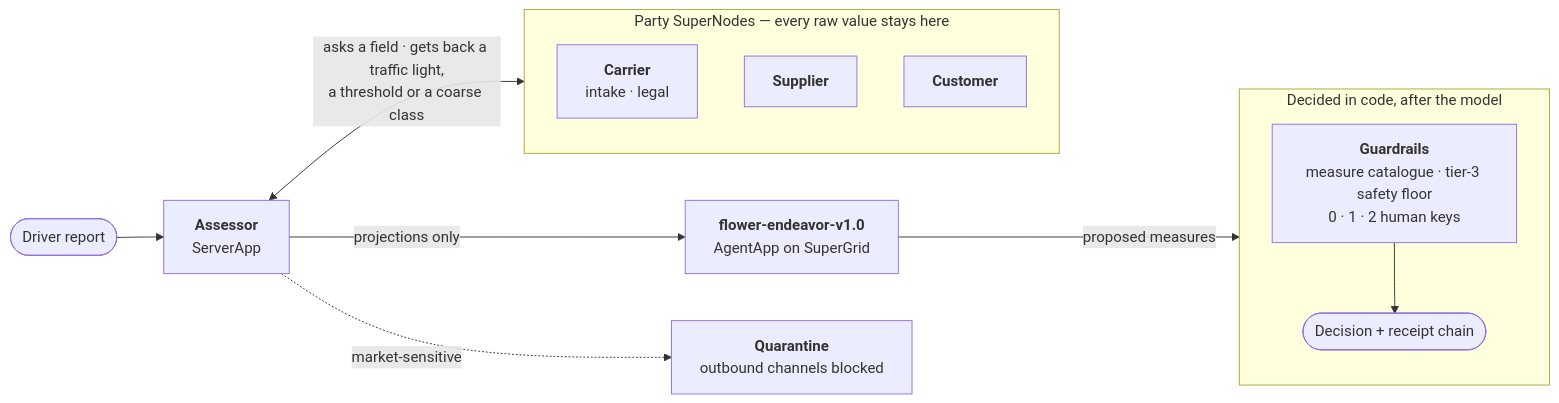
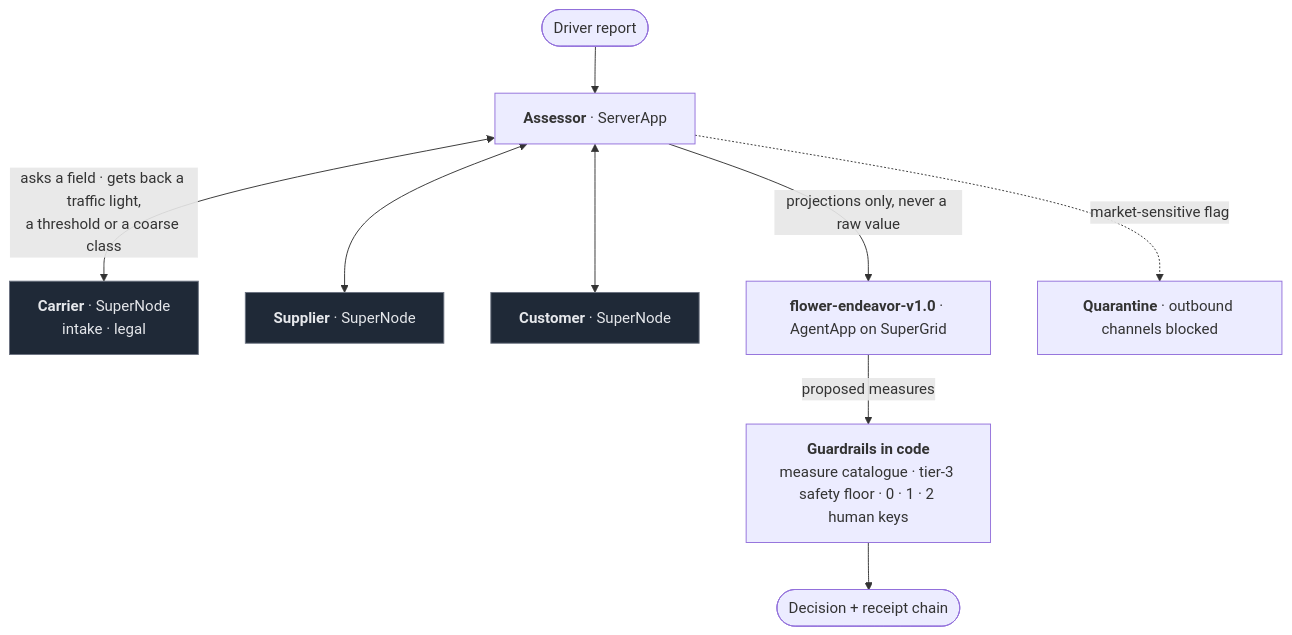
One commit to Backooo/Soteria changed the diagram in README.md. Above: the diagram before and after it, drawn with Mermaid. The commit also changed other lines of this file, not shown here.

Commit message:
docs: top-down diagram, parties on one rank, nothing hidden by the viewer controls

````diff
--- a/README.md
+++ b/README.md
@@ -51,25 +51,20 @@
 ```mermaid
-flowchart LR
-    R([Driver report]) --> A["<b>Assessor</b><br/>ServerApp"]
+flowchart TB
+    R([Driver report]) --> A["<b>Assessor</b> · ServerApp"]
 
-    A <-- "asks a field · gets back a traffic light,<br/>a threshold or a coarse class" --> P
+    A <-- "asks a field · gets back a traffic light,<br/>a threshold or a coarse class" --> C
+    A <--> S
+    A <--> K
 
-    subgraph P["Party SuperNodes — every raw value stays here"]
-        direction TB
-        C["<b>Carrier</b><br/>intake · legal"]
-        S["<b>Supplier</b>"]
-        K["<b>Customer</b>"]
-    end
+    C["<b>Carrier</b> · SuperNode<br/>intake · legal"]
+    S["<b>Supplier</b> · SuperNode"]
+    K["<b>Customer</b> · SuperNode"]
 
-    A -- "projections only" --> M["<b>flower-endeavor-v1.0</b><br/>AgentApp on SuperGrid"]
-    A -. "market-sensitive" .-> Q["<b>Quarantine</b><br/>outbound channels blocked"]
+    A -- "projections only, never a raw value" --> M["<b>flower-endeavor-v1.0</b> · AgentApp on SuperGrid"]
+    M -- "proposed measures" --> G["<b>Guardrails in code</b><br/>measure catalogue · tier-3 safety floor · 0 · 1 · 2 human keys"]
+    G --> D([" Decision + receipt chain "])
+    A -. "market-sensitive flag" .-> Q["<b>Quarantine</b> · outbound channels blocked"]
 
-    subgraph OUT["Decided in code, after the model"]
-        direction TB
-        G["<b>Guardrails</b><br/>measure catalogue · tier-3 safety floor<br/>0 · 1 · 2 human keys"]
-        D([" Decision + receipt chain "])
-        G --> D
-    end
-
-    M -- "proposed measures" --> G
+    classDef party fill:#1f2937,stroke:#6b7280,color:#e5e7eb;
+    class C,S,K party;
 ```
````
